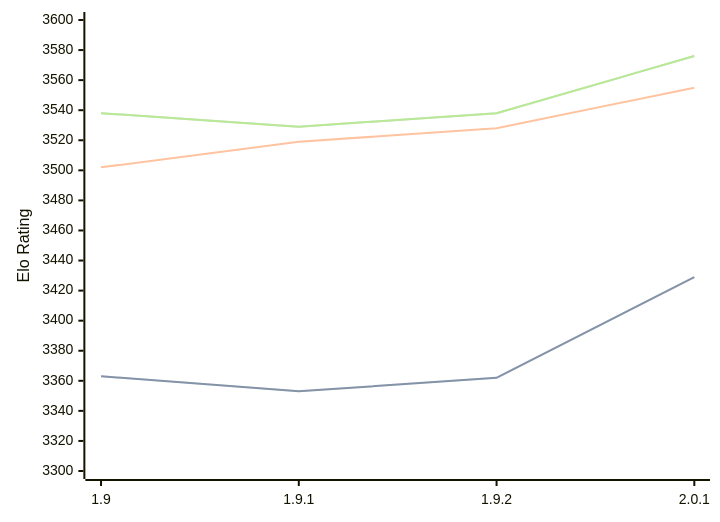
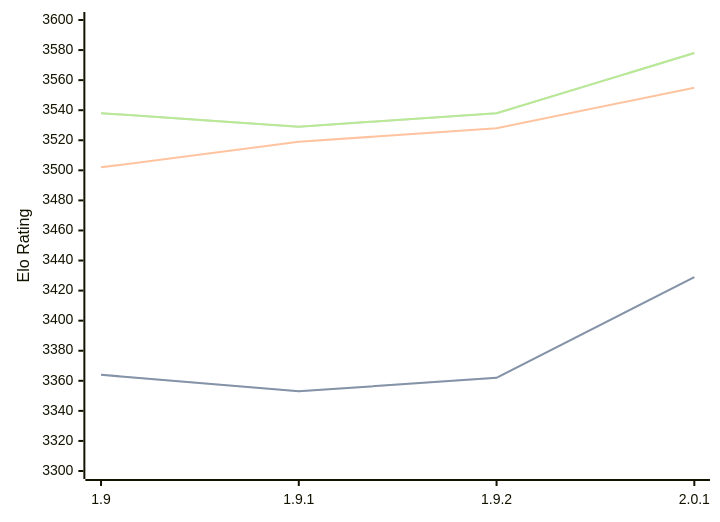
Before and after one commit to computer-chess-index/cci: the first of 3 diagrams in engines/Pawnocchio.md, drawn with Mermaid. The commit also changed other lines of this file, not shown here.

Commit message:
Update CCI Ratings (ELO VLTC) - 2026-07-04

````diff
--- a/engines/Pawnocchio.md
+++ b/engines/Pawnocchio.md
@@ -50,11 +50,11 @@
 ```mermaid
 %%{init: {"theme":"base","themeVariables":{"seriesColors:['#a3a3a3','#222221','#faa371']}}}%%
 xychart-beta
   x-axis ["1.9", "1.9.1", "1.9.2", "2.0.1"]
   y-axis "Elo Rating" 3300 --> 3600
-  line "STC (8.0+0.08s)" [3363, 3353, 3362, 3429]
-  line "STC (8.0+0.08s)" [3363, 3353, 3362, 3429]
+  line "STC (8.0+0.08s)" [3364, 3353, 3362, 3429]
+  line "STC (8.0+0.08s)" [3364, 3353, 3362, 3429]
   line "LTC (60.0+0.60s)" [3502, 3519, 3528, 3555]
-  line "VLTC (2m24s+1.12s)" [3538, 3529, 3538, 3576]
-  line "VLTC (2m24s+1.12s)" [3538, 3529, 3538, 3576]
+  line "VLTC (2m24s+1.12s)" [3538, 3529, 3538, 3578]
+  line "VLTC (2m24s+1.12s)" [3538, 3529, 3538, 3578]
 ```
````
